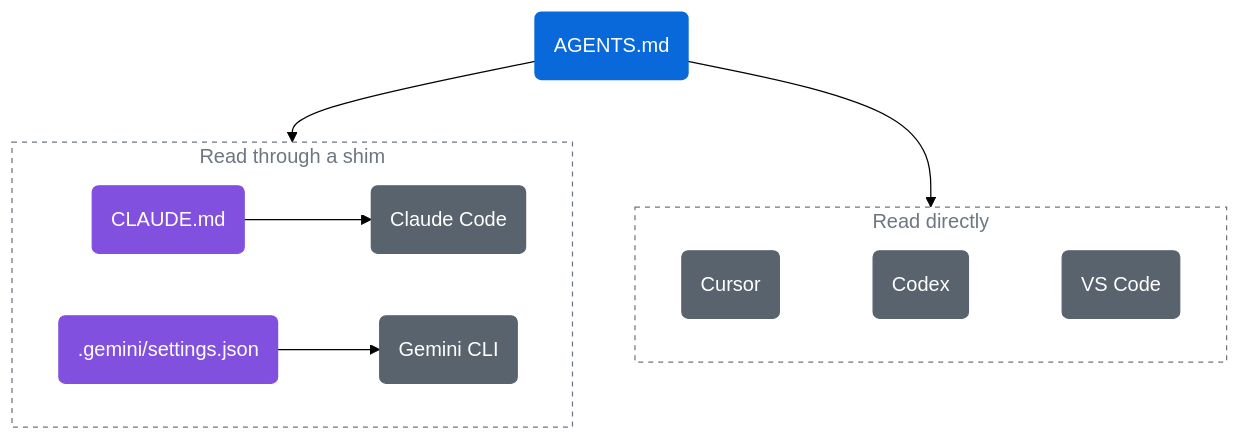
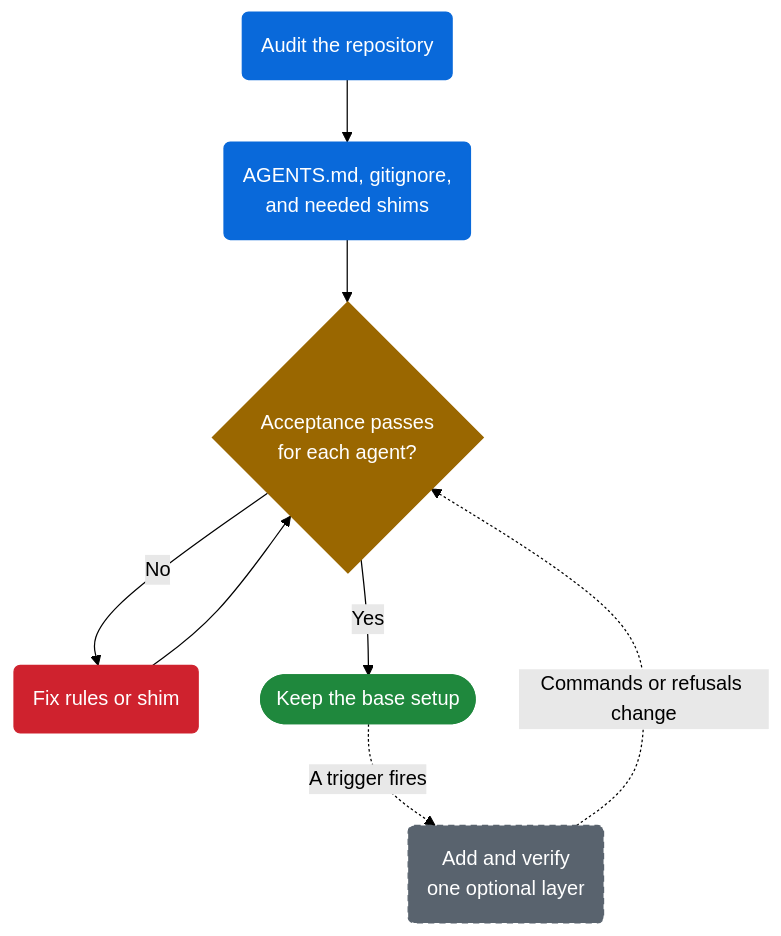
Before and after one commit to santoshshinde2012/over-ai-engineering: the first of 2 diagrams in README.md, drawn with Mermaid (forest theme). The commit also changed other lines of this file and 1 other file, not shown here.

Commit message:
Make repository guidance clear and actionable

````diff
--- a/README.md
+++ b/README.md
@@ -19,34 +19,25 @@
 ```mermaid
 flowchart TB
-  accTitle: One source of truth, thin shims
-  accDescr: AGENTS.md is the source. Cursor, Codex, and VS Code read it directly. Claude Code reads it through CLAUDE.md when that file is present, and Gemini CLI through .gemini/settings.json when Gemini CLI is in use.
+  accTitle: Apply the minimum configuration
+  accDescr: Audit the repository, fill shared rules and gitignore, add needed shims, and run acceptance for each agent. Fix failed checks. Add and verify an optional layer only when its trigger fires; rerun acceptance if commands or refusals change.
 
-  agents("AGENTS.md")
+  audit("Audit the repository") --> setup("AGENTS.md, gitignore,<br/>and needed shims")
+  setup --> test{"Acceptance passes<br/>for each agent?"}
+  test -->|No| fix("Fix rules or shim")
+  fix --> test
+  test -->|Yes| stop(["Keep the base setup"])
+  stop -.->|A trigger fires| layer("Add and verify<br/>one optional layer")
+  layer -.->|Commands or refusals change| test
 
-  subgraph via["Read through a shim"]
-    direction LR
-    claudeShim("CLAUDE.md") --> claude("Claude Code")
-    geminiShim(".gemini/settings.json") --> gemini("Gemini CLI")
-  end
+  classDef step fill:#0969DA,stroke:#0969DA,color:#FFFFFF
+  classDef check fill:#9A6700,stroke:#9A6700,color:#FFFFFF
+  classDef done fill:#1F883D,stroke:#1F883D,color:#FFFFFF
+  classDef rework fill:#CF222E,stroke:#CF222E,color:#FFFFFF
+  classDef later fill:#59636E,stroke:#59636E,color:#FFFFFF,stroke-dasharray:5 4
 
-  subgraph direct["Read directly"]
-    direction LR
-    cursor("Cursor")
-    codex("Codex")
-    copilot("VS Code")
-    cursor ~~~ codex ~~~ copilot
-  end
-
-  agents --> via
-  agents --> direct
-
-  classDef source fill:#0969DA,stroke:#0969DA,color:#FFFFFF
-  classDef shim fill:#8250DF,stroke:#8250DF,color:#FFFFFF
-  classDef agent fill:#59636E,stroke:#59636E,color:#FFFFFF
-  classDef group fill:transparent,stroke:#6E7781,stroke-dasharray:4 4,color:#6E7781
-
-  class agents source
-  class claudeShim,geminiShim shim
-  class cursor,codex,copilot,claude,gemini agent
-  class direct,via group
+  class audit,setup step
+  class test check
+  class stop done
+  class fix rework
+  class layer later
 ```
````
